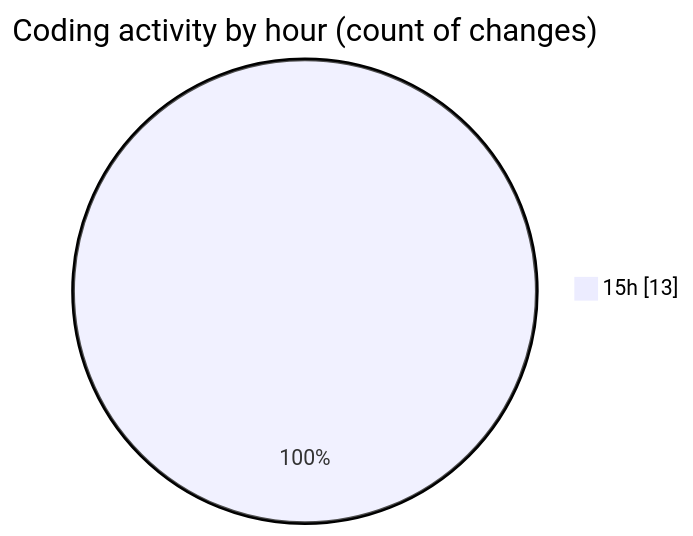
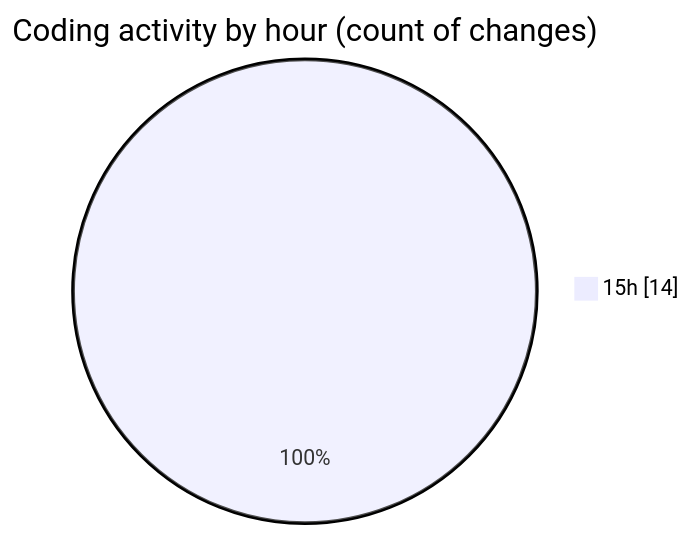
Before and after one commit to robertbonfada/code-tracking: the second of 2 diagrams in 2025-03-03/snake-game/README.md, drawn with Mermaid. The commit also changed other lines of this file and 1 other file, not shown here.

````diff
--- a/2025-03-03/snake-game/README.md
+++ b/2025-03-03/snake-game/README.md
@@ -32,5 +33,5 @@
 ```mermaid
 pie showData
 title Coding activity by hour (count of changes)
-"15h" : 13
+"15h" : 14
 ```
````
